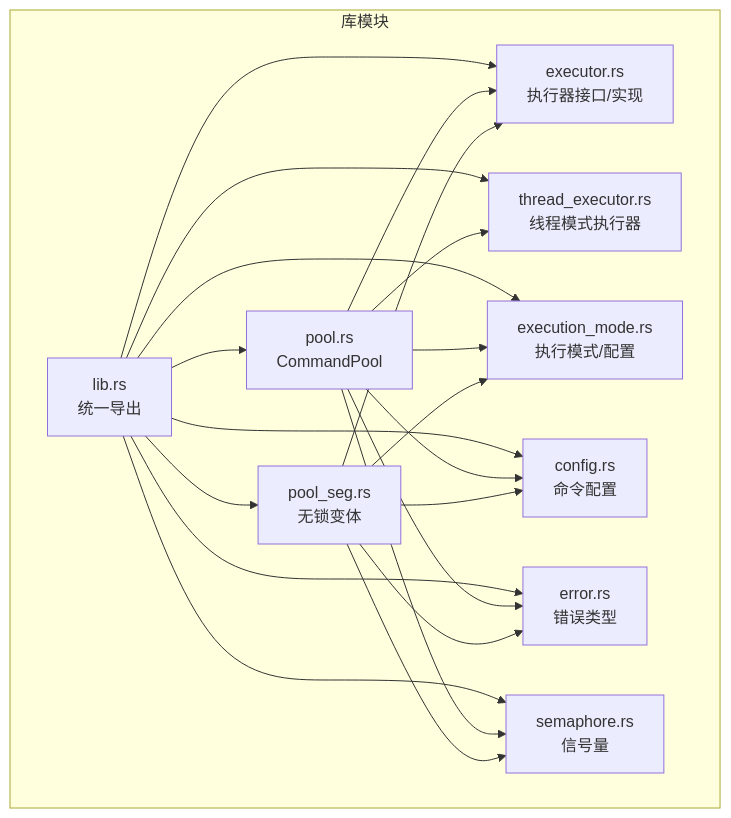
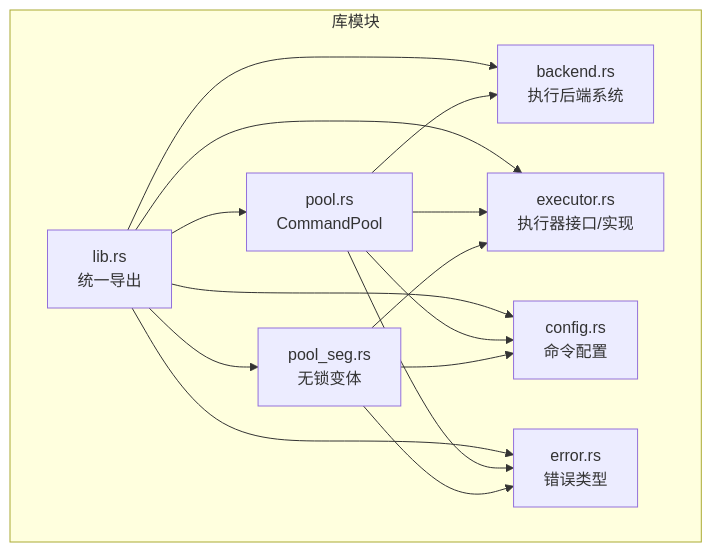
The first of 4 diagrams in .qoder/repowiki/zh/content/核心 API 参考/CommandPool API.md (xcry2006/execute), drawn with Mermaid before and after one commit. The commit also changed other lines of this file and 9 other files, not shown here.

````diff
--- a/.qoder/repowiki/zh/content/核心 API 参考/CommandPool API.md
+++ b/.qoder/repowiki/zh/content/核心 API 参考/CommandPool API.md
@@ -41,33 +38,25 @@
 ```mermaid
 graph TB
 subgraph "库模块"
 L["lib.rs<br/>统一导出"]
 P["pool.rs<br/>CommandPool"]
 PS["pool_seg.rs<br/>无锁变体"]
+B["backend.rs<br/>执行后端系统"]
 E["executor.rs<br/>执行器接口/实现"]
-TE["thread_executor.rs<br/>线程模式执行器"]
-EM["execution_mode.rs<br/>执行模式/配置"]
 C["config.rs<br/>命令配置"]
 ER["error.rs<br/>错误类型"]
-S["semaphore.rs<br/>信号量"]
 end
 L --> P
 L --> PS
+L --> B
 L --> E
-L --> TE
-L --> EM
 L --> C
 L --> ER
-L --> S
+P --> B
 P --> E
-P --> TE
-P --> EM
 P --> C
 P --> ER
-P --> S
 PS --> E
-PS --> EM
 PS --> C
 PS --> ER
-PS --> S
 ```
````
